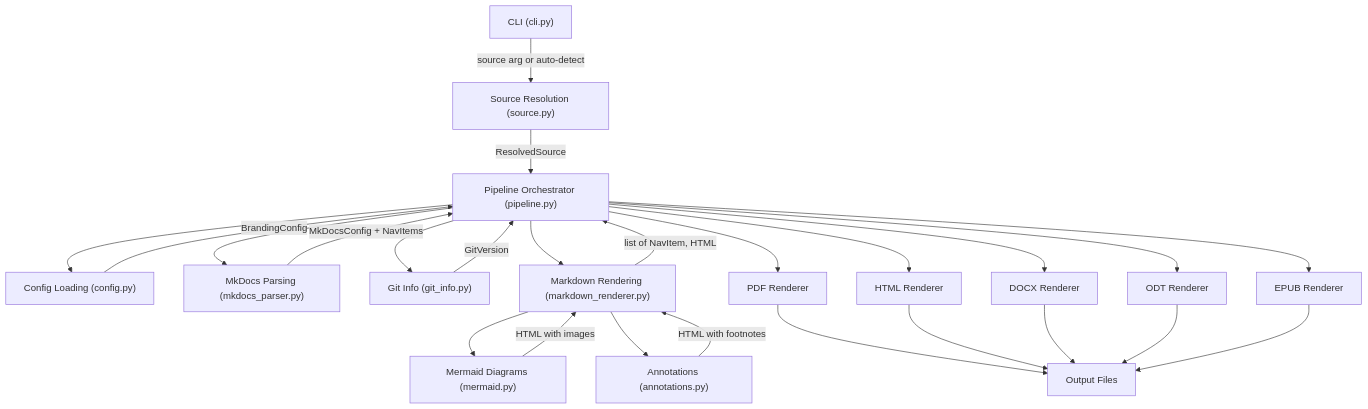
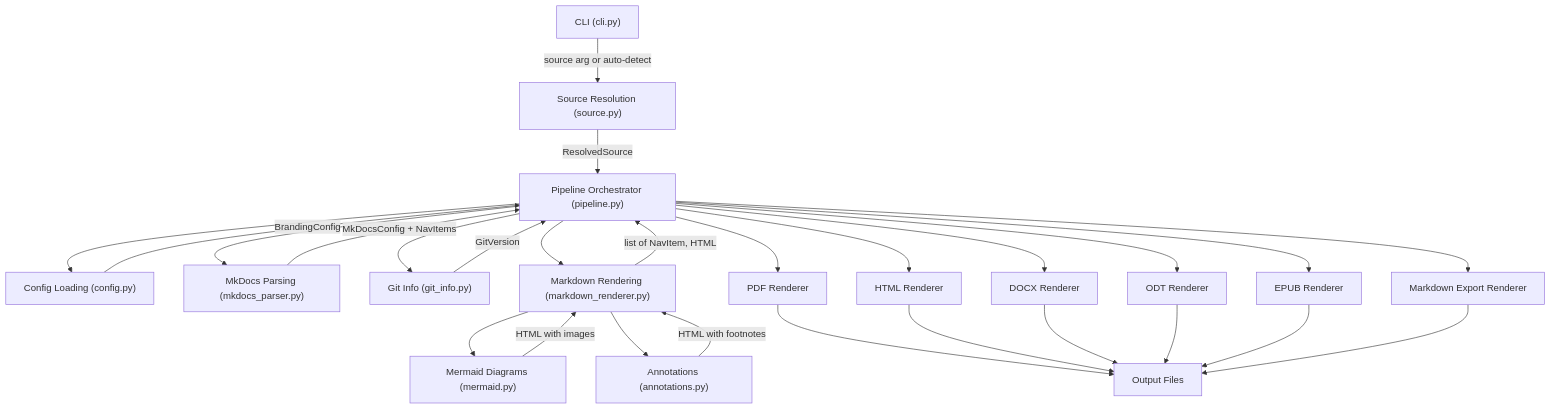
One commit to hutchins/leafpress changed the first of 2 diagrams in docs/docs/architecture.md. Above: the diagram before and after it, drawn with Mermaid. The commit also changed other lines of this file and 14 other files, not shown here.

First line of the commit message:
Fix mermaid diagram rendering with pymdownx.superfences

````diff
--- a/docs/docs/architecture.md
+++ b/docs/docs/architecture.md
@@ -7,27 +7,29 @@
 ```mermaid
 flowchart TD
     CLI["CLI (cli.py)"] --> |"source arg or auto-detect"| SR["Source Resolution (source.py)"]
     SR --> |"ResolvedSource"| PL["Pipeline Orchestrator (pipeline.py)"]
     PL --> CFG["Config Loading (config.py)"]
     PL --> MKP["MkDocs Parsing (mkdocs_parser.py)"]
     PL --> GIT["Git Info (git_info.py)"]
     CFG --> |"BrandingConfig"| PL
     MKP --> |"MkDocsConfig + NavItems"| PL
     GIT --> |"GitVersion"| PL
     PL --> MR["Markdown Rendering (markdown_renderer.py)"]
     MR --> MM["Mermaid Diagrams (mermaid.py)"]
     MR --> AN["Annotations (annotations.py)"]
     MM --> |"HTML with images"| MR
     AN --> |"HTML with footnotes"| MR
     MR --> |"list of NavItem, HTML"| PL
     PL --> PDF["PDF Renderer"]
     PL --> HTML["HTML Renderer"]
     PL --> DOCX["DOCX Renderer"]
     PL --> ODT["ODT Renderer"]
     PL --> EPUB["EPUB Renderer"]
+    PL --> MDE["Markdown Export Renderer"]
     PDF --> OUT["Output Files"]
     HTML --> OUT
     DOCX --> OUT
     ODT --> OUT
     EPUB --> OUT
+    MDE --> OUT
 ```
````
